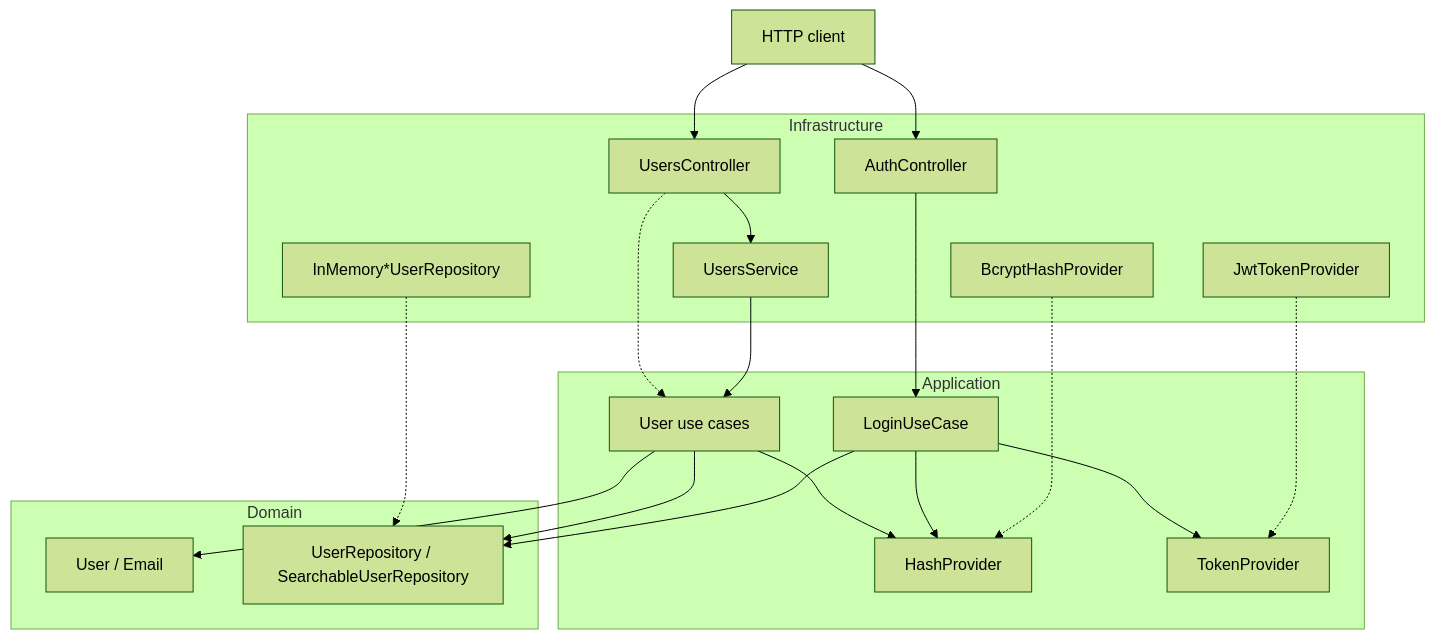
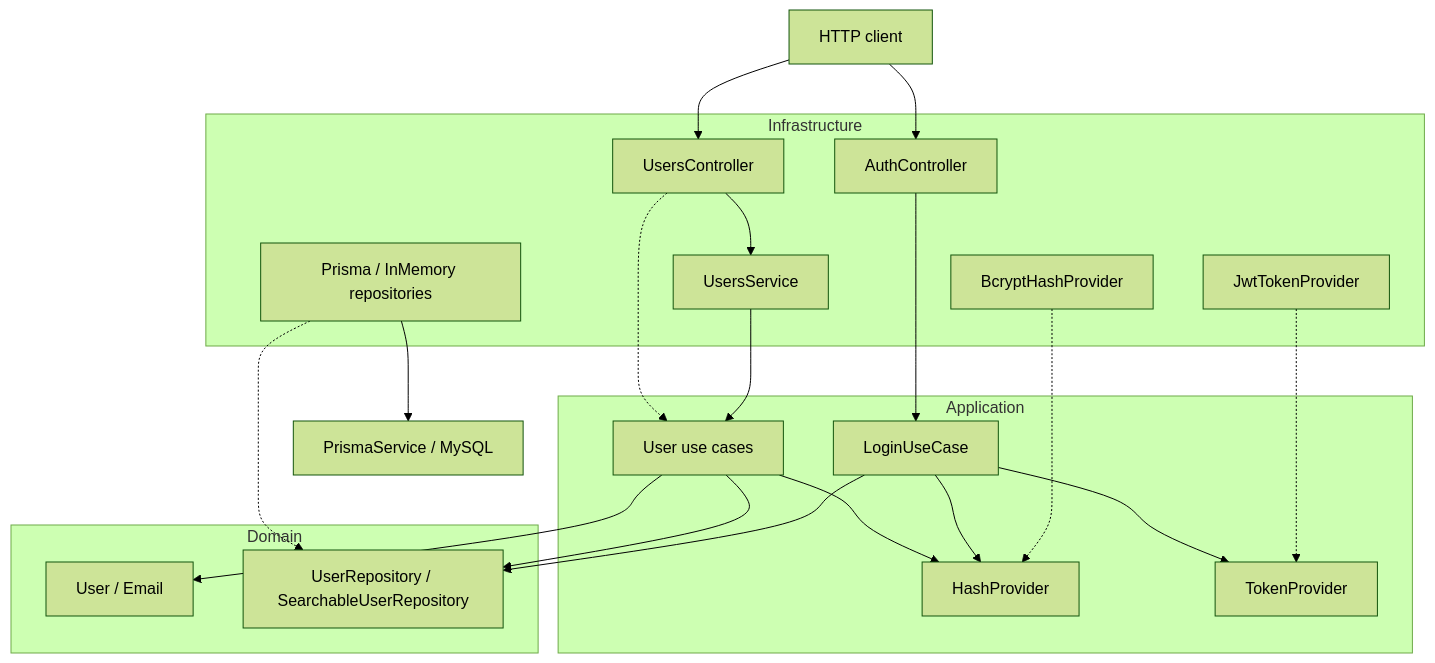
Before and after one commit to onlyvitor/ti-syscalls-backend: the diagram in README.md, drawn with Mermaid (forest theme). The commit also changed other lines of this file, not shown here.

Commit message:
docs: document MySQL persistence, migrations and seed

````diff
--- a/README.md
+++ b/README.md
@@ -75,42 +79,43 @@
 ```mermaid
 flowchart TB
   client[HTTP client] --> usersController[UsersController]
   client --> authController[AuthController]
 
   usersController --> nestService[UsersService]
   usersController -.-> useCases[User use cases]
   authController --> loginUseCase[LoginUseCase]
 
   nestService --> useCases
   useCases --> domain[User / Email]
   useCases --> repoPort[UserRepository / SearchableUserRepository]
   useCases --> hashPort[HashProvider]
   loginUseCase --> repoPort
   loginUseCase --> hashPort
   loginUseCase --> tokenPort[TokenProvider]
 
-  repoImpl[InMemory*UserRepository] -.-> repoPort
+  repoImpl[Prisma / InMemory repositories] -.-> repoPort
   hashImpl[BcryptHashProvider] -.-> hashPort
   tokenImpl[JwtTokenProvider] -.-> tokenPort
+  repoImpl --> prismaClient[PrismaService / MySQL]
 
   subgraph domainLayer [Domain]
     domain
     repoPort
   end
 
   subgraph applicationLayer [Application]
     useCases
     loginUseCase
     hashPort
     tokenPort
   end
 
   subgraph infrastructureLayer [Infrastructure]
     usersController
     authController
     nestService
     repoImpl
     hashImpl
     tokenImpl
   end
 ```
````
